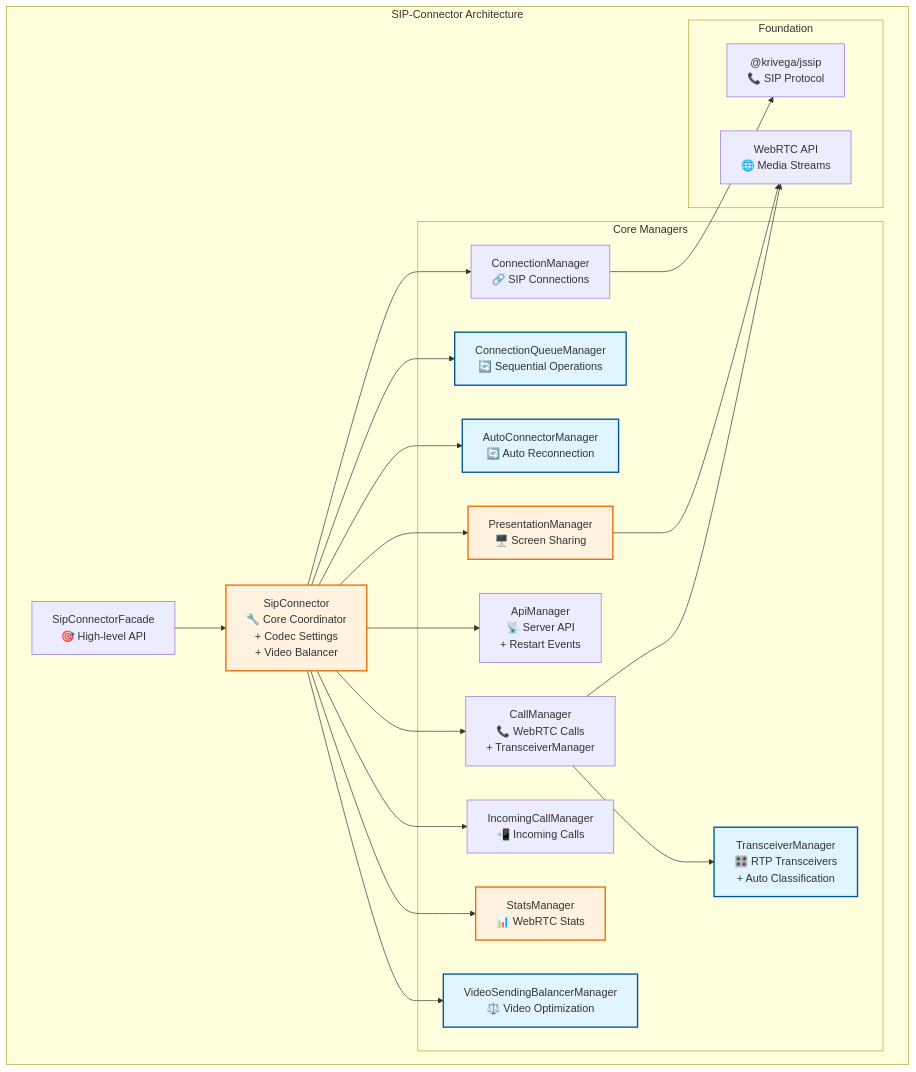
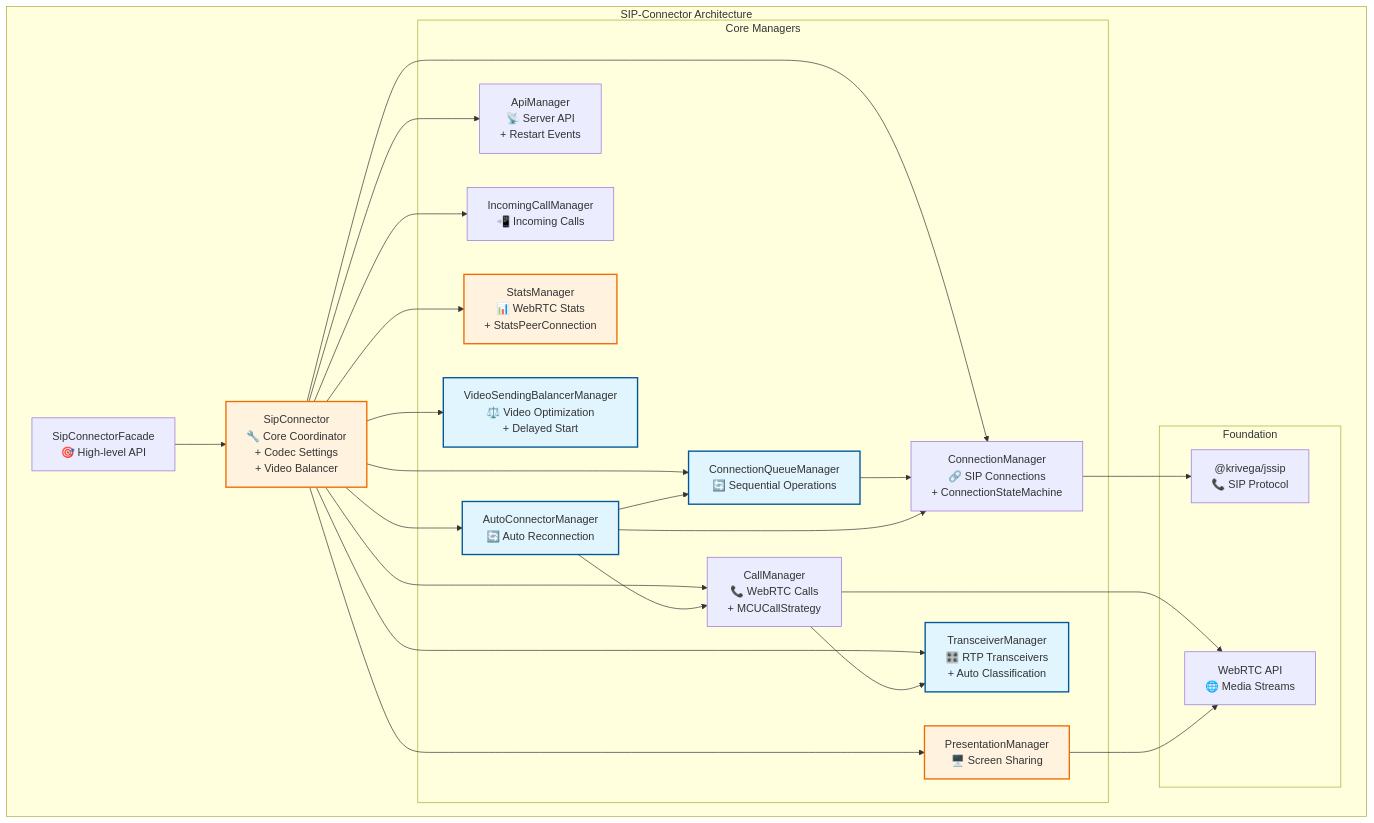
The diagram in docs/arch.md (Krivega/sip-connector), drawn with Mermaid before and after one commit. The commit also changed other lines of this file, not shown here.

````diff
--- a/docs/arch.md
+++ b/docs/arch.md
@@ -227,48 +249,53 @@
 ```mermaid
 graph TB
     subgraph "SIP-Connector Architecture"
         A["SipConnectorFacade<br/>🎯 High-level API"]
         B["SipConnector<br/>🔧 Core Coordinator<br/>+ Codec Settings<br/>+ Video Balancer"]
 
         subgraph "Core Managers"
-            C["ConnectionManager<br/>🔗 SIP Connections"]
-            D["CallManager<br/>📞 WebRTC Calls<br/>+ TransceiverManager"]
+            C["ConnectionManager<br/>🔗 SIP Connections<br/>+ ConnectionStateMachine"]
+            D["CallManager<br/>📞 WebRTC Calls<br/>+ MCUCallStrategy"]
             E["ApiManager<br/>📡 Server API<br/>+ Restart Events"]
             F["PresentationManager<br/>🖥️ Screen Sharing"]
             G["IncomingCallManager<br/>📲 Incoming Calls"]
-            H["StatsManager<br/>📊 WebRTC Stats"]
-            I["VideoSendingBalancerManager<br/>⚖️ Video Optimization"]
+            H["StatsManager<br/>📊 WebRTC Stats<br/>+ StatsPeerConnection"]
+            I["VideoSendingBalancerManager<br/>⚖️ Video Optimization<br/>+ Delayed Start"]
             J["TransceiverManager<br/>🎛️ RTP Transceivers<br/>+ Auto Classification"]
             K["ConnectionQueueManager<br/>🔄 Sequential Operations"]
             L["AutoConnectorManager<br/>🔄 Auto Reconnection"]
         end
 
         subgraph "Foundation"
             M["@krivega/jssip<br/>📞 SIP Protocol"]
             N["WebRTC API<br/>🌐 Media Streams"]
         end
 
         A --> B
         B --> C
         B --> K
         B --> L
         B --> D
         B --> E
         B --> F
         B --> G
         B --> H
         B --> I
+        B --> J
         D --> J
         D --> N
         F --> N
         C --> M
+        K --> C
+        L --> K
+        L --> C
+        L --> D
     end
 
     style I fill:#e1f5fe,stroke:#01579b,stroke-width:2px
     style J fill:#e1f5fe,stroke:#01579b,stroke-width:2px
     style K fill:#e1f5fe,stroke:#01579b,stroke-width:2px
     style L fill:#e1f5fe,stroke:#01579b,stroke-width:2px
     style B fill:#fff3e0,stroke:#ef6c00,stroke-width:2px
     style F fill:#fff3e0,stroke:#ef6c00,stroke-width:2px
     style H fill:#fff3e0,stroke:#ef6c00,stroke-width:2px
 ```
````
